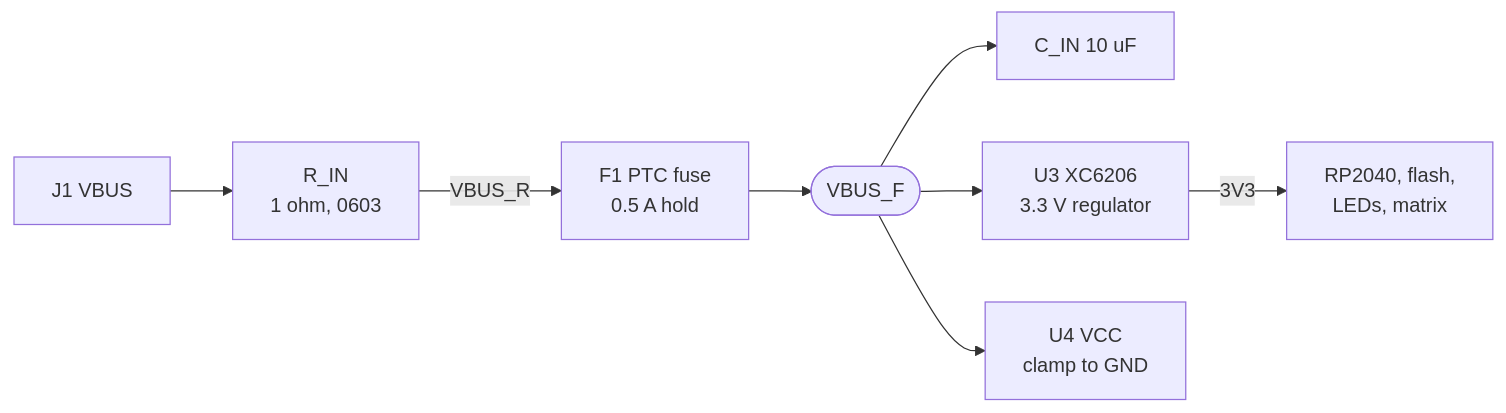
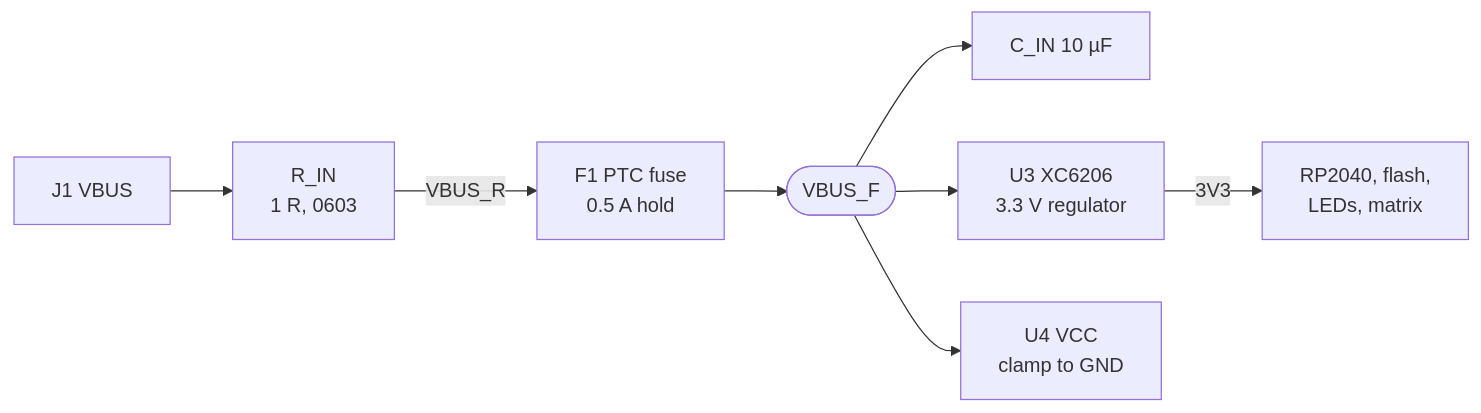
The first of 2 diagrams in docs/architecture/electronics.md (saschagrunert/avionics-panel), drawn with Mermaid before and after one commit. The commit also changed other lines of this file and 11 other files, not shown here.

````diff
--- a/docs/architecture/electronics.md
+++ b/docs/architecture/electronics.md
@@ -235,10 +262,10 @@
 ```mermaid
 flowchart LR
-  vbus["J1 VBUS"] --> rin["R_IN<br>1 ohm, 0603"]
+  vbus["J1 VBUS"] --> rin["R_IN<br>1 R, 0603"]
   rin -- VBUS_R --> f1["F1 PTC fuse<br>0.5 A hold"]
   f1 --> vbusf(["VBUS_F"])
-  vbusf --> cin["C_IN 10 uF"]
+  vbusf --> cin["C_IN 10 µF"]
   vbusf --> u3["U3 XC6206<br>3.3 V regulator"]
   vbusf --> u4vcc["U4 VCC<br>clamp to GND"]
   u3 -- 3V3 --> loads["RP2040, flash,<br>LEDs, matrix"]
 ```
````
